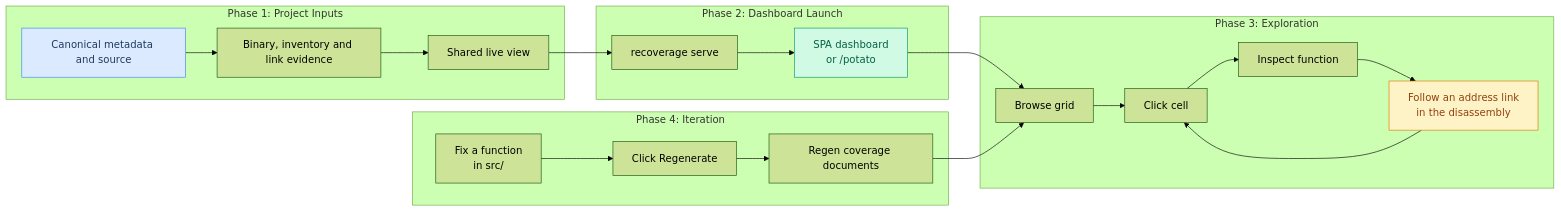
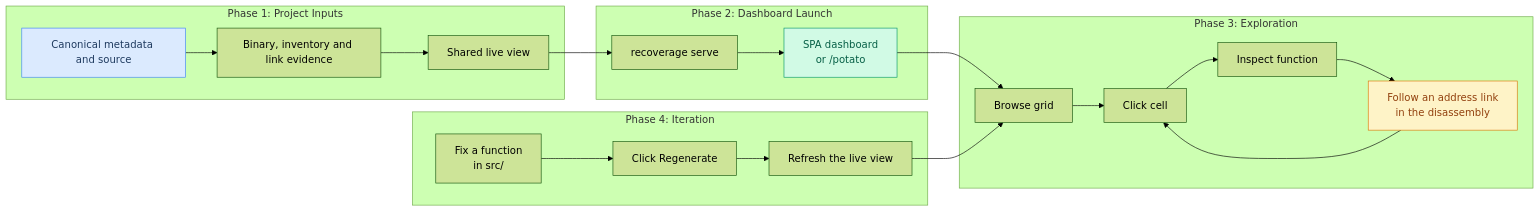
Before and after one commit to maci0/recoverage: diagram 18 of 18 in docs/USER_STORIES.md, drawn with Mermaid (forest theme). The commit also changed other lines of this file and 3 other files, not shown here.

````diff
--- a/docs/USER_STORIES.md
+++ b/docs/USER_STORIES.md
@@ -570,30 +570,30 @@
 ```mermaid
 graph LR
     subgraph "Phase 1: Project Inputs"
         A["Canonical metadata and source"] --> B["Binary, inventory and link evidence"]
         B --> C["Shared live view"]
     end
 
     subgraph "Phase 2: Dashboard Launch"
         C --> E["recoverage serve"]
         E --> F["SPA dashboard<br/>or /potato"]
     end
 
     subgraph "Phase 3: Exploration"
         F --> G["Browse grid"]
         G --> H["Click cell"]
         H --> I["Inspect function"]
         I --> J["Follow an address link<br/>in the disassembly"]
         J --> H
     end
 
     subgraph "Phase 4: Iteration"
         K["Fix a function<br/>in src/"] --> L["Click Regenerate"]
-        L --> M["Regen coverage documents"]
+        L --> M["Refresh the live view"]
         M --> G
     end
 
     style A fill:#dbeafe,stroke:#3b82f6,color:#1e3a5f
     style F fill:#d1fae5,stroke:#059669,color:#065f46
     style J fill:#fef3c7,stroke:#d97706,color:#92400e
 ```
````
